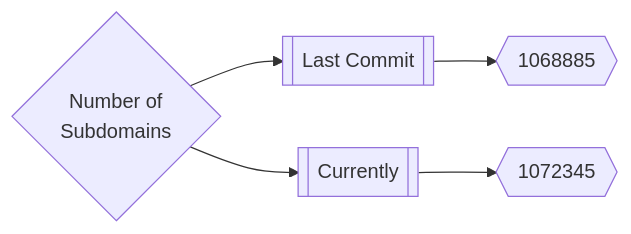
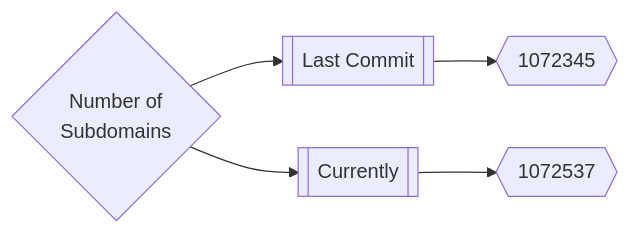
Before and after one commit to trickest/inventory: the first of 3 diagrams in README.md, drawn with Mermaid. The commit also changed other lines of this file, not shown here.

Commit message:
Update Wed Mar 30 03:55:03 UTC 2022

````diff
--- a/README.md
+++ b/README.md
@@ -165,5 +165,5 @@
 ```mermaid
 graph LR
-title{Number of<br>Subdomains} --> subdomainsDate1[[Last Commit]] --> subdomainsNum1{{1068885}}
-title --> subdomainsDate2[[Currently]] --> subdomainsNum2{{1072345}}
+title{Number of<br>Subdomains} --> subdomainsDate1[[Last Commit]] --> subdomainsNum1{{1072345}}
+title --> subdomainsDate2[[Currently]] --> subdomainsNum2{{1072537}}
 ```
````
